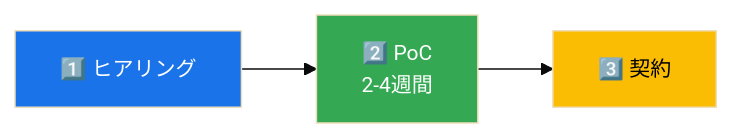
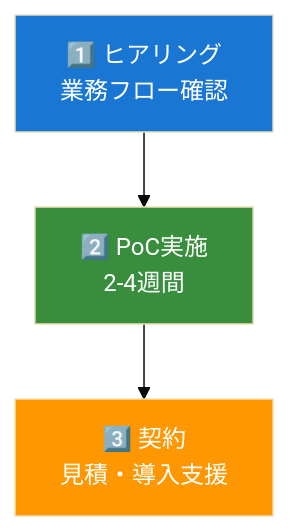
Before and after one commit to PLark-droid/lark-proposal: diagram 14 of 15 in docs/FITPLACE_LARK_PROPOSAL.md, drawn with Mermaid. The commit also changed other lines of this file, not shown here.

First line of the commit message:
docs: redesign Mermaid diagrams for A4 portrait layout

````diff
--- a/docs/FITPLACE_LARK_PROPOSAL.md
+++ b/docs/FITPLACE_LARK_PROPOSAL.md
@@ -526,13 +502,13 @@
 ```mermaid
-%%{init: {'theme': 'base', 'themeVariables': { 'fontSize': '14px'}}}%%
-flowchart LR
-    A["1️⃣ ヒアリング"]
-    B["2️⃣ PoC\n2-4週間"]
-    C["3️⃣ 契約"]
+%%{init: {'theme': 'base', 'themeVariables': {'fontSize': '16px'}}}%%
+flowchart TB
+    A["1️⃣ ヒアリング<br/>業務フロー確認"]
+    B["2️⃣ PoC実施<br/>2-4週間"]
+    C["3️⃣ 契約<br/>見積・導入支援"]
 
     A --> B --> C
 
-    style A fill:#1a73e8,color:#fff
-    style B fill:#34a853,color:#fff
-    style C fill:#fbbc04,color:#000
+    style A fill:#1976d2,color:#fff
+    style B fill:#388e3c,color:#fff
+    style C fill:#ff9800,color:#fff
 ```
````
